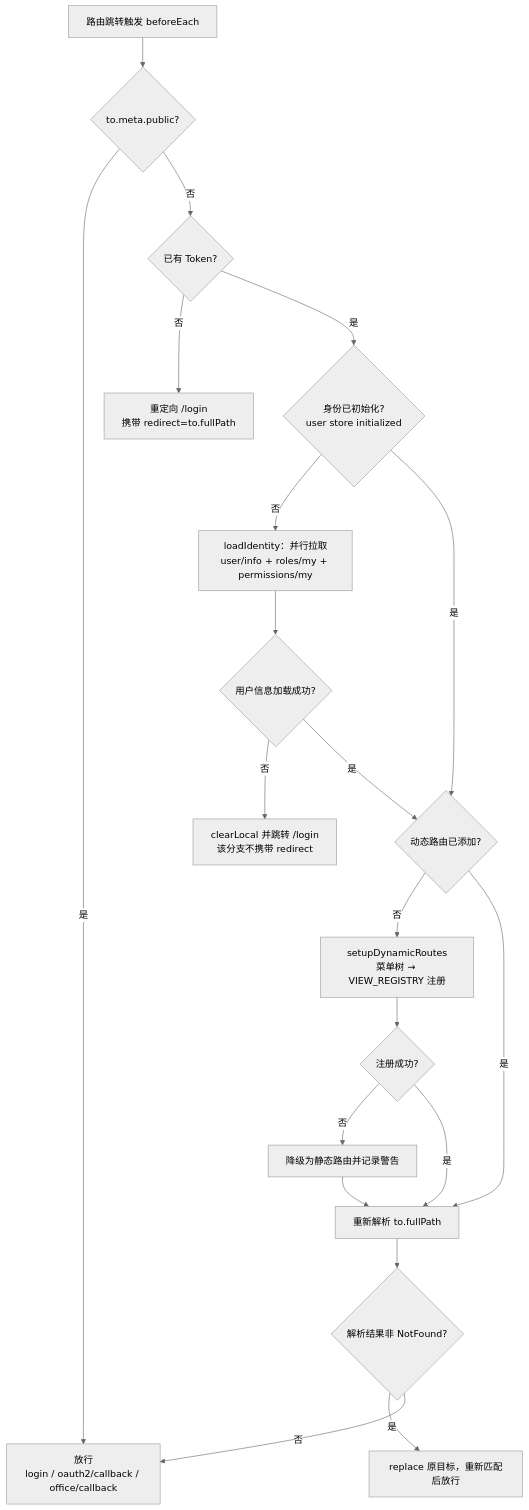
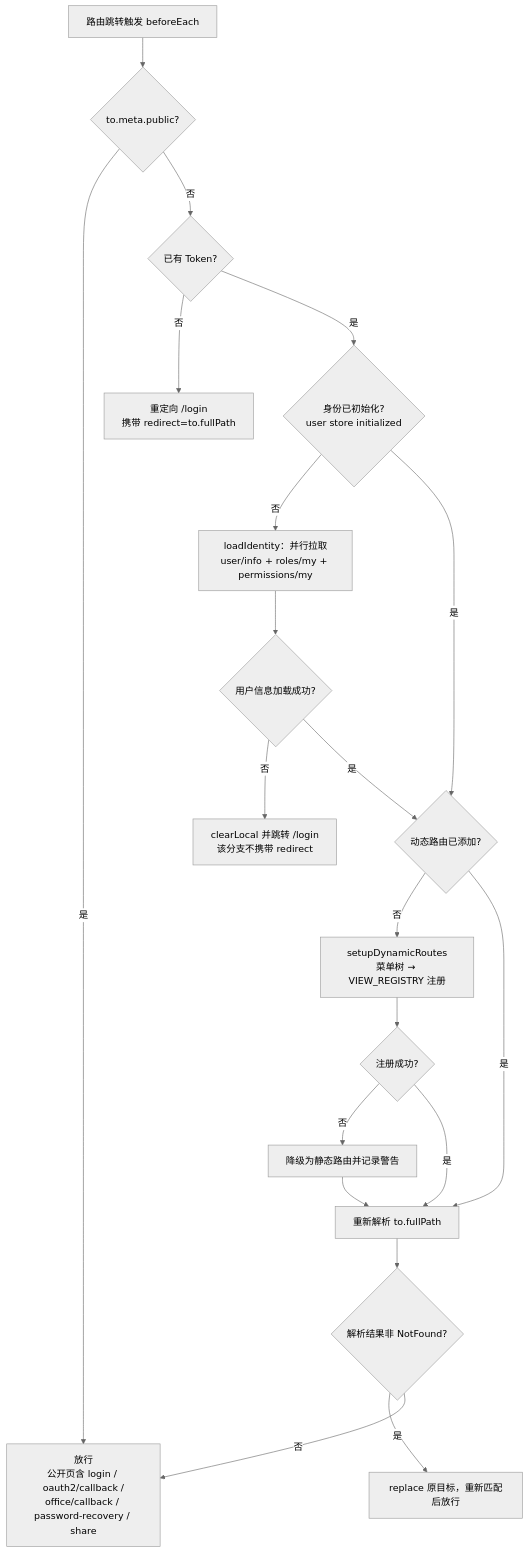
Before and after one commit to apex-cloud-service/apex-admin-web: the second of 6 diagrams in docs/architecture/auth-and-routing.md, drawn with Mermaid (neutral theme). The commit also changed other lines of this file and 17 other files, not shown here.

````diff
--- a/docs/architecture/auth-and-routing.md
+++ b/docs/architecture/auth-and-routing.md
@@ -57,22 +57,22 @@
 ```mermaid
 flowchart TD
     A[路由跳转触发 beforeEach] --> B{to.meta.public?}
-    B -- 是 --> Z[放行<br/>login / oauth2/callback / office/callback]
+    B -- 是 --> Z[放行<br/>公开页含 login / oauth2/callback /<br/>office/callback / password-recovery / share]
     B -- 否 --> C{已有 Token?}
     C -- 否 --> D[重定向 /login<br/>携带 redirect=to.fullPath]
     C -- 是 --> E{身份已初始化?<br/>user store initialized}
     E -- 否 --> F[loadIdentity：并行拉取<br/>user/info + roles/my + permissions/my]
     F --> G{用户信息加载成功?}
     G -- 否 --> I[clearLocal 并跳转 /login<br/>该分支不携带 redirect]
     G -- 是 --> J{动态路由已添加?}
     E -- 是 --> J
     J -- 否 --> K[setupDynamicRoutes<br/>菜单树 → VIEW_REGISTRY 注册]
     K --> L{注册成功?}
     L -- 否 --> M[降级为静态路由并记录警告]
     L -- 是 --> N[重新解析 to.fullPath]
     M --> N
     J -- 是 --> N
     N --> O{解析结果非 NotFound?}
     O -- 是 --> P[replace 原目标，重新匹配后放行]
     O -- 否 --> Z
 ```
````
